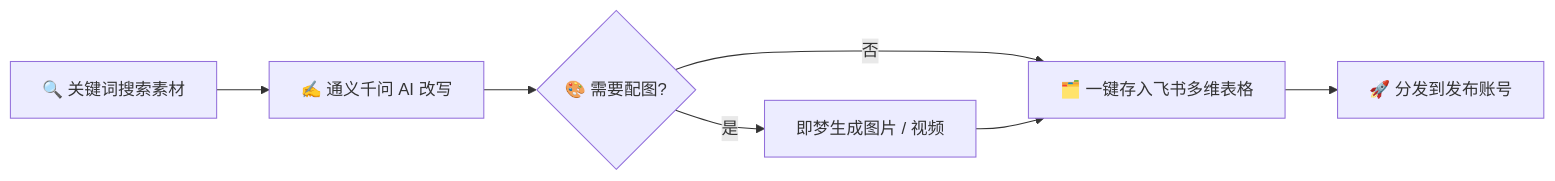
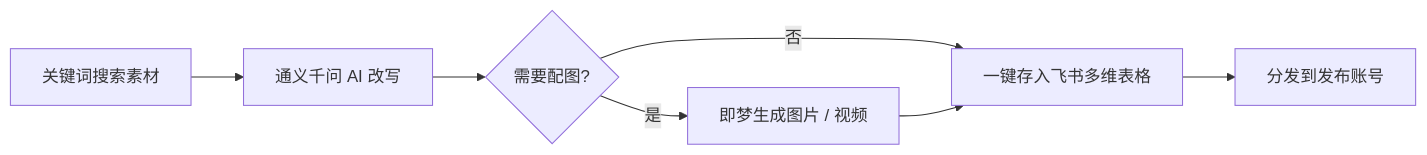
The diagram in README.md (Achenyiyi/xhsforge), drawn with Mermaid before and after one commit. The commit also changed other lines of this file, not shown here.

````diff
--- a/README.md
+++ b/README.md
@@ -56,9 +56,9 @@
 ```mermaid
 flowchart LR
-    A[🔍 关键词搜索素材] --> B[✍️ 通义千问 AI 改写]
-    B --> C{🎨 需要配图?}
+    A[关键词搜索素材] --> B[通义千问 AI 改写]
+    B --> C{需要配图?}
     C -->|是| D[即梦生成图片 / 视频]
     C -->|否| E
-    D --> E[🗂️ 一键存入飞书多维表格]
-    E --> F[🚀 分发到发布账号]
+    D --> E[一键存入飞书多维表格]
+    E --> F[分发到发布账号]
 ```
````
